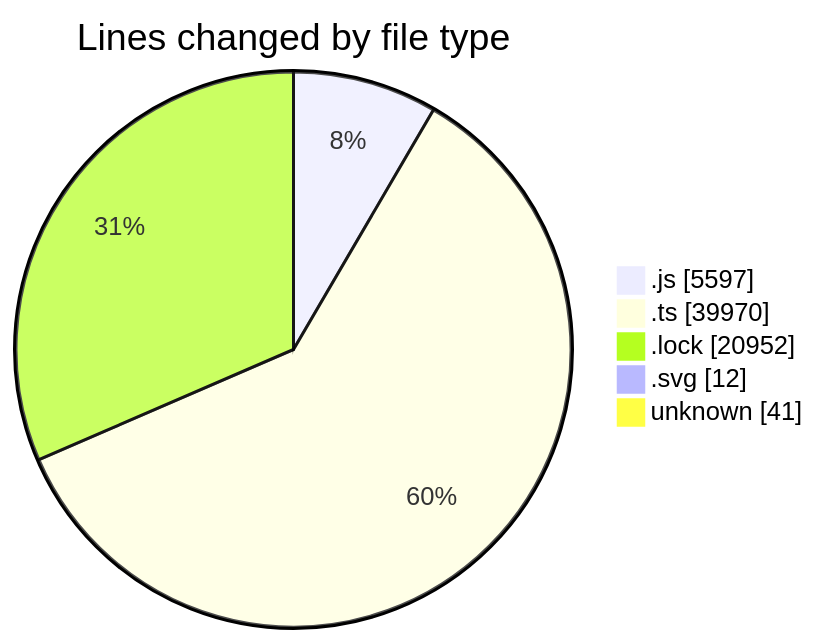
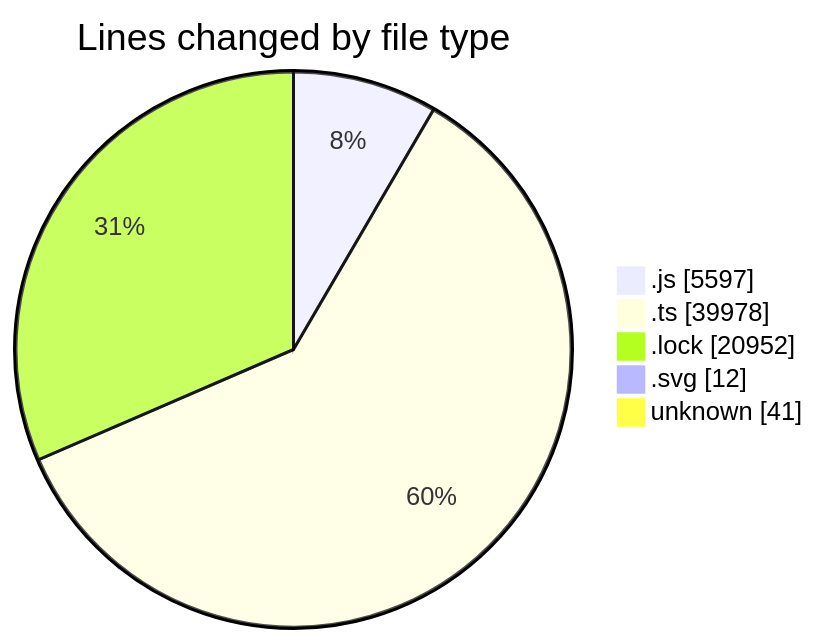
The first of 2 diagrams in 2025-08-12/cda/README.md (momahboobian/code-tracking), drawn with Mermaid before and after one commit. The commit also changed other lines of this file and 1 other file, not shown here.

````diff
--- a/2025-08-12/cda/README.md
+++ b/2025-08-12/cda/README.md
@@ -44,9 +44,9 @@
 ```mermaid
 pie showData
 title Lines changed by file type
 ".js" : 5597
-".ts" : 39970
+".ts" : 39978
 ".lock" : 20952
 ".svg" : 12
 "unknown" : 41
 ```
````
